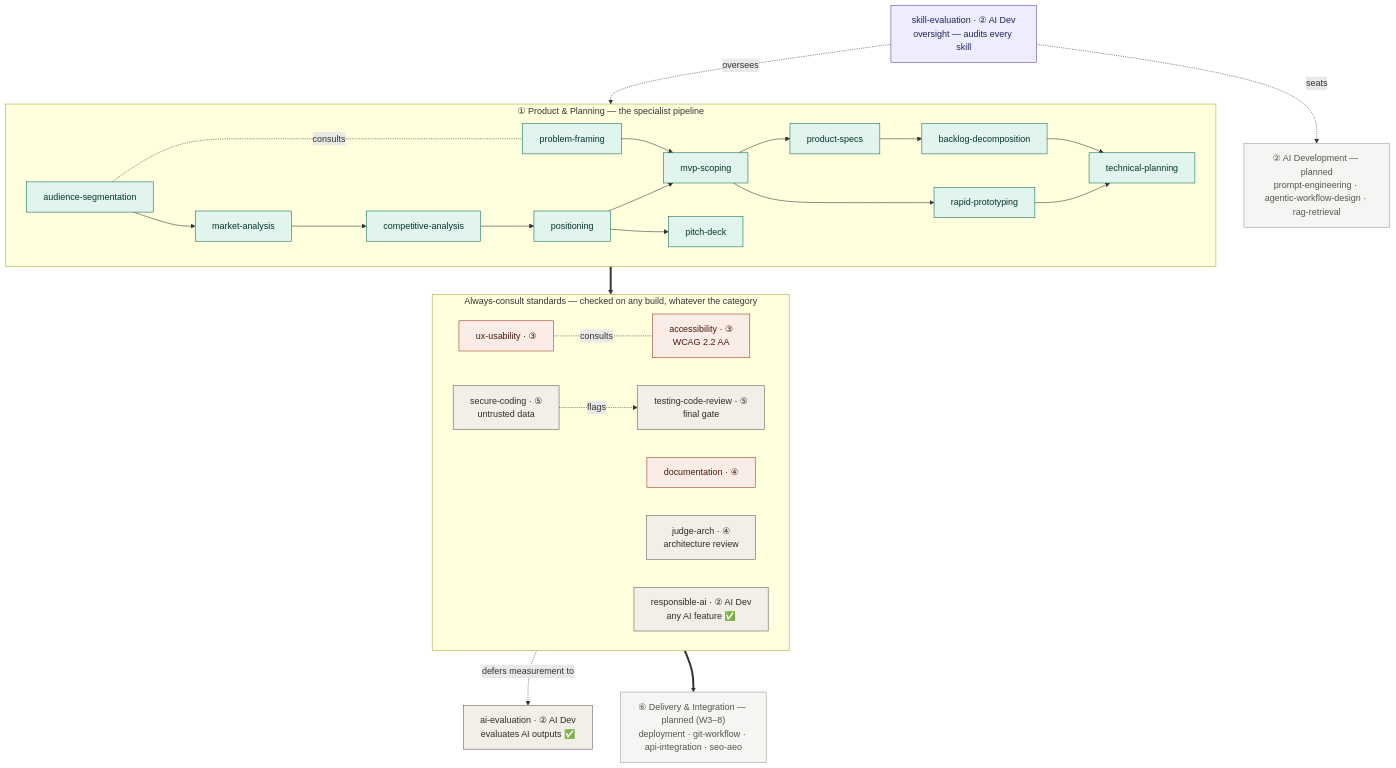
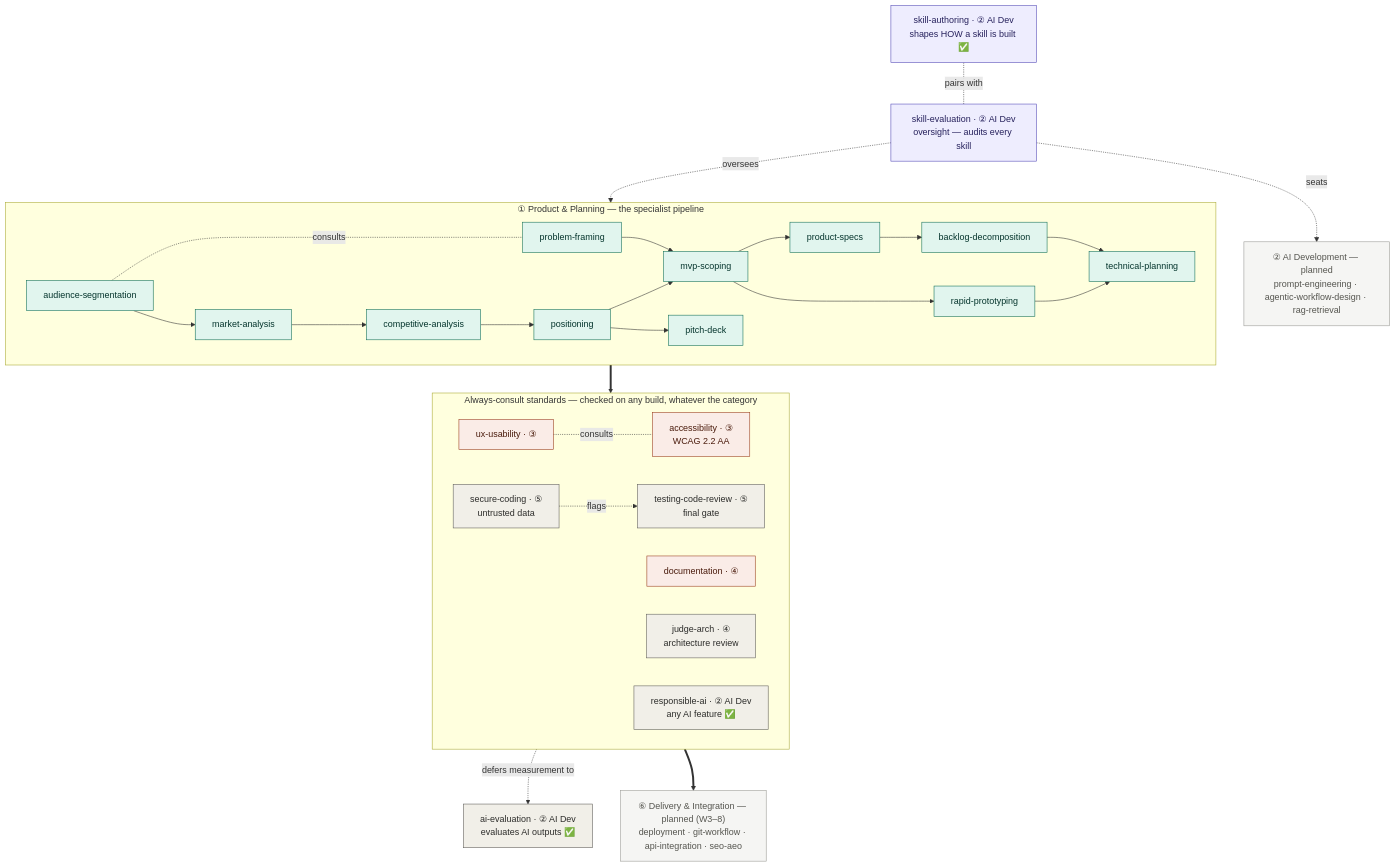
Before and after one commit to ValeriyaMetla/AI-Development-Residency: the diagram in docs/SKILLS-LIBRARY.md, drawn with Mermaid. The commit also changed other lines of this file and 3 other files, not shown here.

First line of the commit message:
Full sweep: skill-authoring catalog + skill-evaluation boundary

````diff
--- a/docs/SKILLS-LIBRARY.md
+++ b/docs/SKILLS-LIBRARY.md
@@ -146,44 +146,46 @@
 ```mermaid
 flowchart TD
     SE["skill-evaluation · ② AI Dev<br/>oversight — audits every skill"]
+    SA["skill-authoring · ② AI Dev<br/>shapes HOW a skill is built ✅"]
     AIE["ai-evaluation · ② AI Dev<br/>evaluates AI outputs ✅"]
 
     subgraph C1["① Product & Planning — the specialist pipeline"]
       direction LR
       PF["problem-framing"] --> MVP["mvp-scoping"]
       AS["audience-segmentation"] --> MA["market-analysis"] --> CA["competitive-analysis"] --> POS["positioning"] --> MVP
       MVP --> PS["product-specs"] --> BD["backlog-decomposition"] --> TP["technical-planning"]
       MVP --> RP["rapid-prototyping"] --> TP
       POS --> PD["pitch-deck"]
       AS -. consults .- PF
     end
 
     subgraph XC["Always-consult standards — checked on any build, whatever the category"]
       direction LR
       UX["ux-usability · ③"] -. consults .- A11Y["accessibility · ③<br/>WCAG 2.2 AA"]
       DOC["documentation · ④"]
       JA["judge-arch · ④<br/>architecture review"]
       SEC["secure-coding · ⑤<br/>untrusted data"] -. flags .-> TCR["testing-code-review · ⑤<br/>final gate"]
       RAI["responsible-ai · ② AI Dev<br/>any AI feature ✅"]
     end
 
     AID["② AI Development — planned<br/>prompt-engineering · agentic-workflow-design · rag-retrieval"]
     C6["⑥ Delivery & Integration — planned (W3–8)<br/>deployment · git-workflow · api-integration · seo-aeo"]
 
     SE -. oversees .-> C1
     TP ==> XC
     XC ==> C6
     SE -. seats .-> AID
+    SA -. pairs with .- SE
     RAI -. defers measurement to .-> AIE
 
     classDef strat fill:#E1F5EE,stroke:#0F6E56,color:#04342C;
     classDef build fill:#FAECE7,stroke:#993C1D,color:#4A1B0C;
     classDef gate fill:#F1EFE8,stroke:#5F5E5A,color:#2C2C2A;
     classDef over fill:#EEEDFE,stroke:#534AB7,color:#26215C;
     classDef plan fill:#F5F5F3,stroke:#9A9A95,color:#55554F;
     class PF,MVP,PS,TP,BD,RP,AS,MA,CA,POS,PD strat;
     class UX,A11Y,DOC build;
     class SEC,TCR,JA,RAI,AIE gate;
-    class SE over;
+    class SE,SA over;
     class AID,C6 plan;
 ```
````
